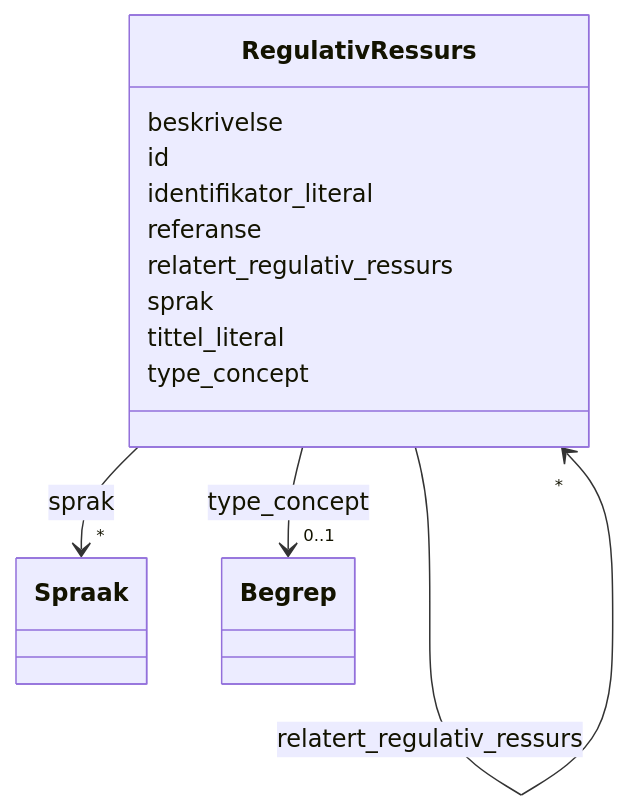
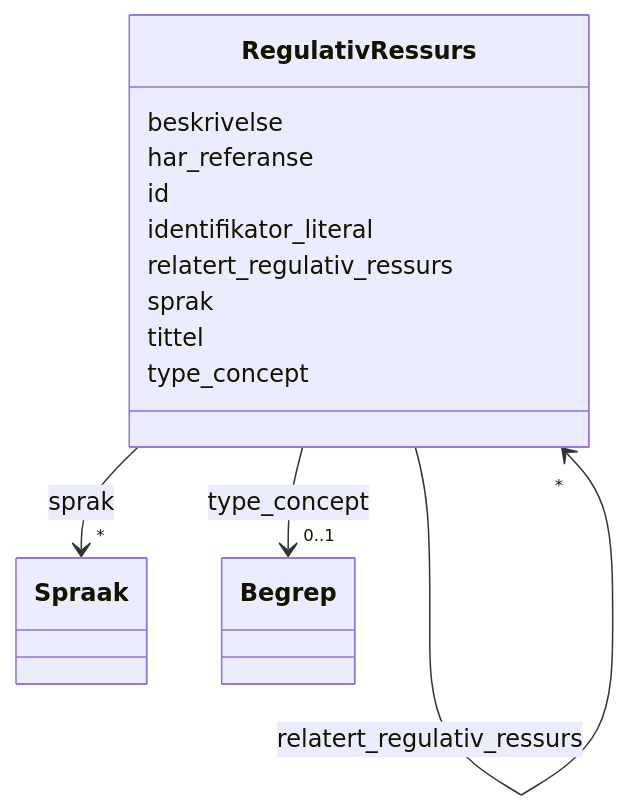
The diagram in docs/dcat-ap-no/RegulativRessurs.md (brreg/linkml-w3c-no-profiles), drawn with Mermaid before and after one commit. The commit also changed other lines of this file and 209 other files, not shown here.

````diff
--- a/docs/dcat-ap-no/RegulativRessurs.md
+++ b/docs/dcat-ap-no/RegulativRessurs.md
@@ -18,49 +18,49 @@
 ```mermaid
  classDiagram
     class RegulativRessurs
     click RegulativRessurs href "../RegulativRessurs/"
       RegulativRessurs : beskrivelse
         
+      RegulativRessurs : har_referanse
+        
       RegulativRessurs : id
         
       RegulativRessurs : identifikator_literal
-        
-      RegulativRessurs : referanse
         
       RegulativRessurs : relatert_regulativ_ressurs
         
           
     
         
         
         RegulativRessurs --> "*" RegulativRessurs : relatert_regulativ_ressurs
         click RegulativRessurs href "../RegulativRessurs/"
     
 
         
       RegulativRessurs : sprak
         
           
     
         
         
         RegulativRessurs --> "*" Spraak : sprak
         click Spraak href "../Spraak/"
     
 
         
-      RegulativRessurs : tittel_literal
+      RegulativRessurs : tittel
         
       RegulativRessurs : type_concept
         
           
     
         
         
         RegulativRessurs --> "0..1" Begrep : type_concept
         click Begrep href "../Begrep/"
     
 
         
       
 ```
````
